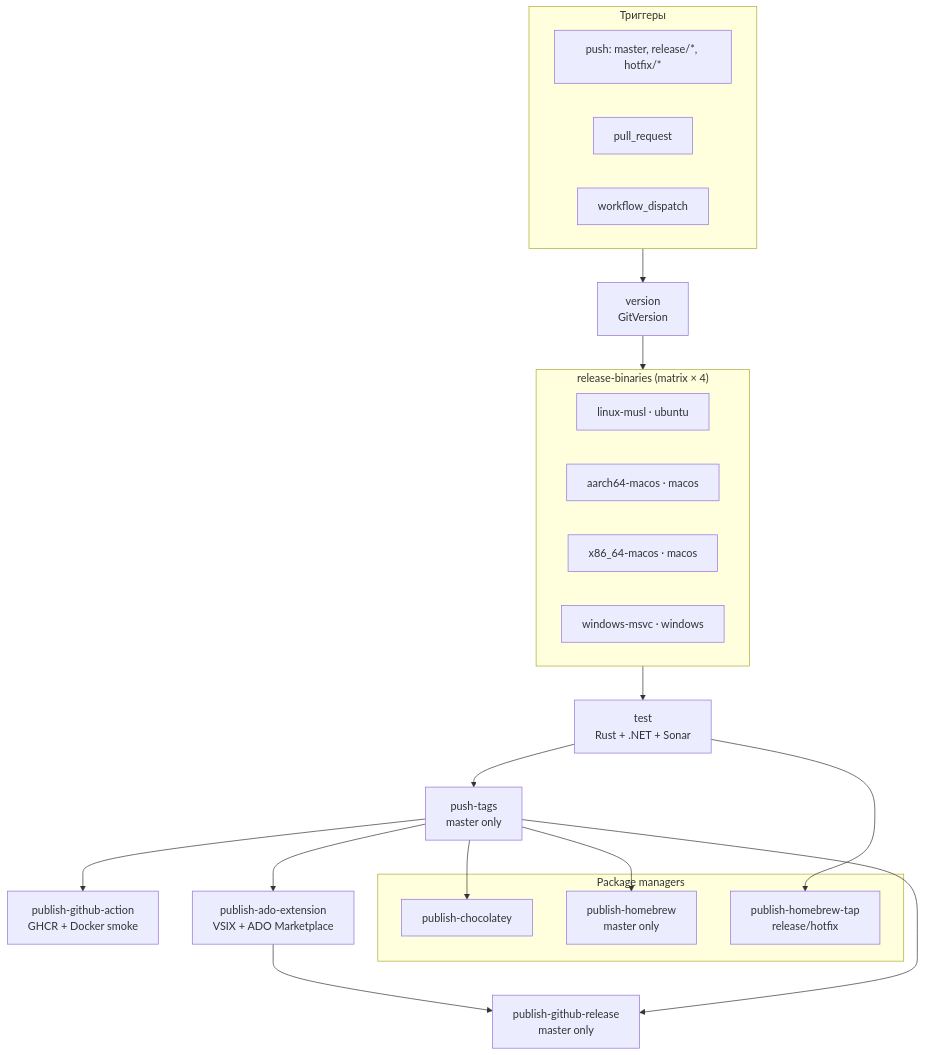
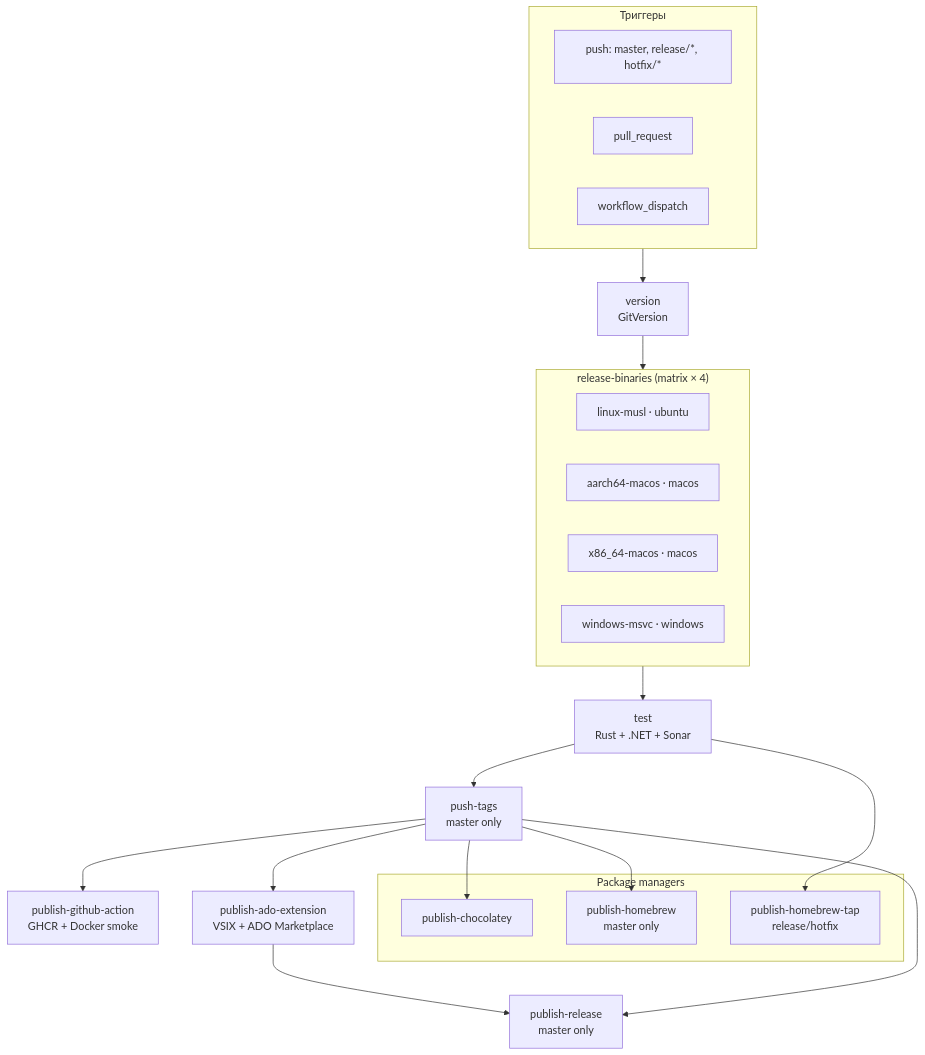
The diagram in docs/ci-cd.md (denis-peshkov/update-nuspec-action), drawn with Mermaid before and after one commit. The commit also changed other lines of this file and 7 other files, not shown here.

Commit message:
Rename `publish-github-release` action to `publish-release` and update all references across workflows, documentation, and scripts for consistency.

````diff
--- a/docs/ci-cd.md
+++ b/docs/ci-cd.md
@@ -11,43 +11,43 @@
 ```mermaid
 flowchart TD
   subgraph triggers["Триггеры"]
     T1["push: master, release/*, hotfix/*"]
     T2["pull_request"]
     T3["workflow_dispatch"]
   end
 
   V["version<br/>GitVersion"]
 
   subgraph matrix["release-binaries (matrix × 4)"]
     M1["linux-musl · ubuntu"]
     M2["aarch64-macos · macos"]
     M3["x86_64-macos · macos"]
     M4["windows-msvc · windows"]
   end
 
   TEST["test<br/>Rust + .NET + Sonar"]
   PT["push-tags<br/>master only"]
 
   PGA["publish-github-action<br/>GHCR + Docker smoke"]
   PADO["publish-ado-extension<br/>VSIX + ADO Marketplace"]
 
   subgraph pkg["Package managers"]
     CHR["publish-chocolatey"]
     HB["publish-homebrew<br/>master only"]
     HBT["publish-homebrew-tap<br/>release/hotfix"]
   end
 
-  REL["publish-github-release<br/>master only"]
+  REL["publish-release<br/>master only"]
 
   triggers --> V
   V --> matrix
   matrix --> TEST
   TEST --> PT
   PT --> PGA
   PT --> PADO
   PT --> CHR
   PT --> HB
   TEST --> HBT
   PADO --> REL
   PT --> REL
 ```
````
